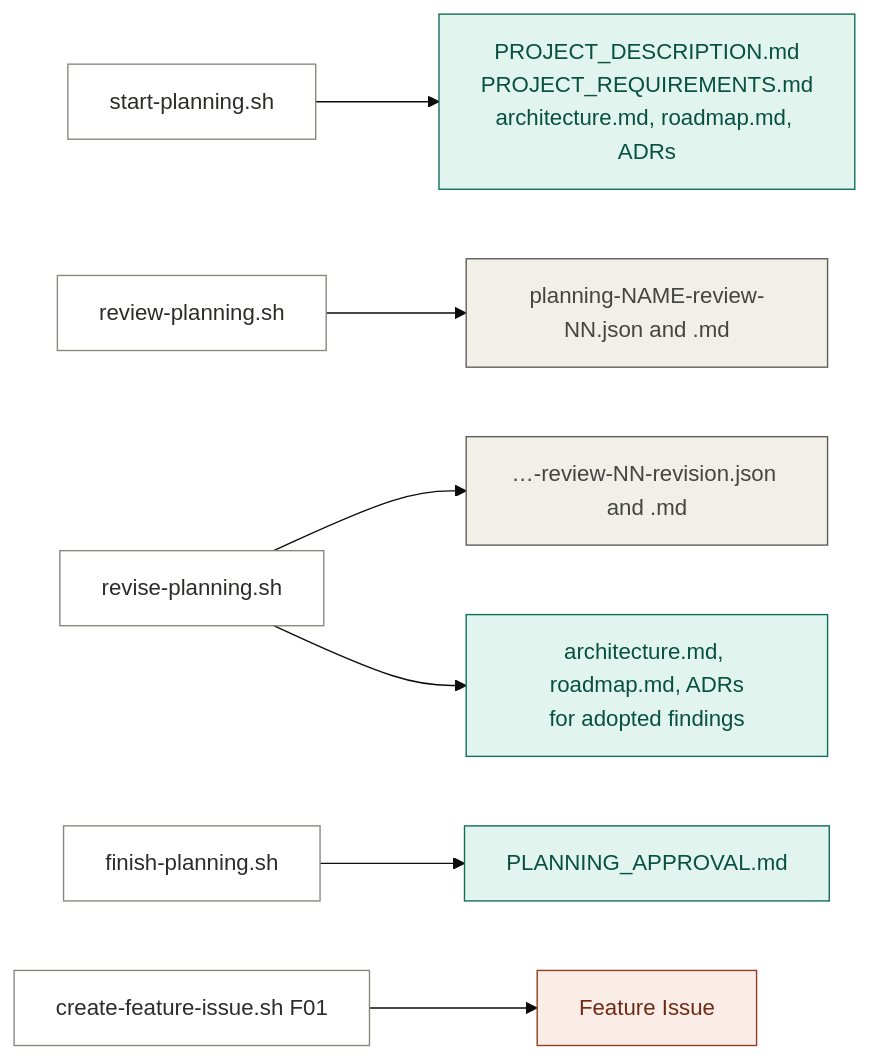
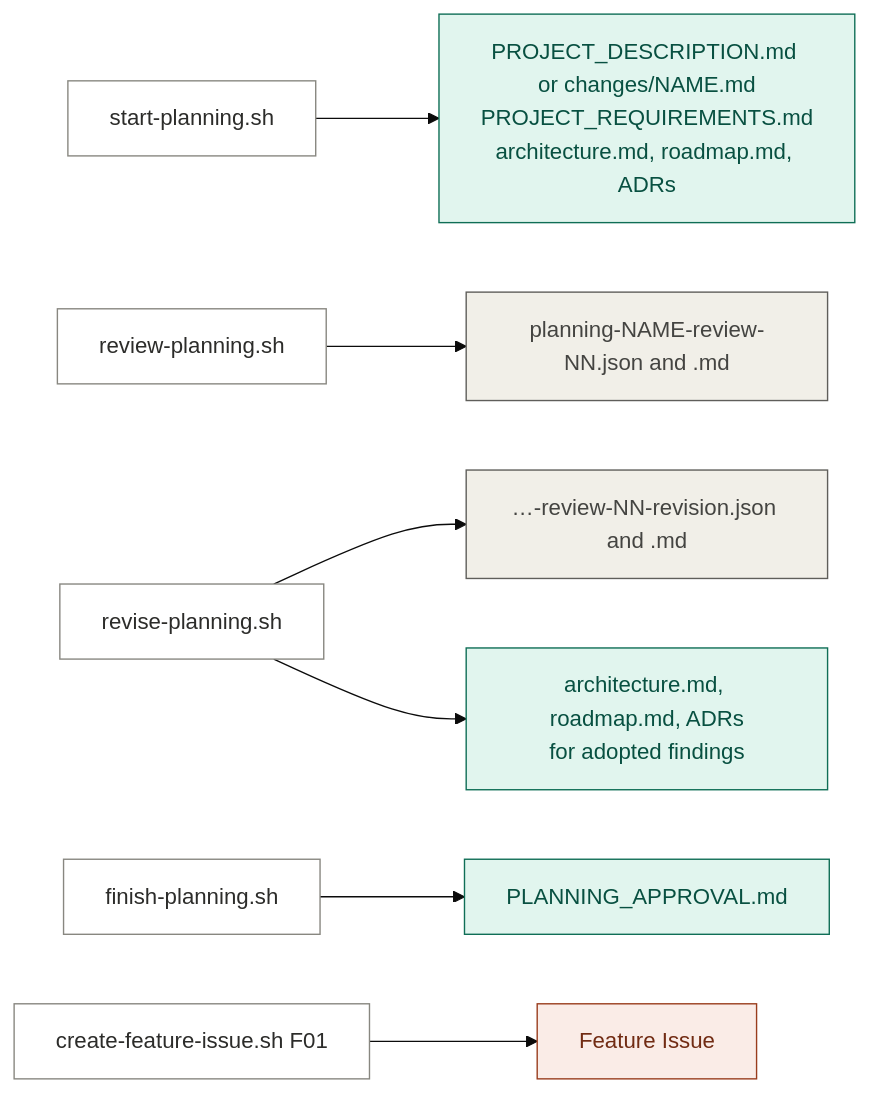
Before and after one commit to taspinar/physics-by-construction: the fifth of 6 diagrams in docs/workflow.md, drawn with Mermaid (base theme). The commit also changed other lines of this file and 44 other files, not shown here.

````diff
--- a/docs/workflow.md
+++ b/docs/workflow.md
@@ -125,18 +172,18 @@
 ```mermaid
 flowchart LR
-  sp["start-planning.sh"] --> docs["PROJECT_DESCRIPTION.md<br/>PROJECT_REQUIREMENTS.md<br/>architecture.md, roadmap.md, ADRs"]
+  sp["start-planning.sh"] --> docs["PROJECT_DESCRIPTION.md or changes/NAME.md<br/>PROJECT_REQUIREMENTS.md<br/>architecture.md, roadmap.md, ADRs"]
   rp["review-planning.sh"] --> prv["planning-NAME-review-NN.json and .md"]
   rv["revise-planning.sh"] --> rvd["…-review-NN-revision.json and .md"]
   rv --> rdocs["architecture.md, roadmap.md, ADRs<br/>for adopted findings"]
   fp["finish-planning.sh"] --> appr["PLANNING_APPROVAL.md"]
   cfi["create-feature-issue.sh F01"] --> fi["Feature Issue"]
 
   classDef repo fill:#E1F5EE,stroke:#0F6E56,color:#085041
   classDef local fill:#F1EFE8,stroke:#5F5E5A,color:#444441
   classDef github fill:#FAECE7,stroke:#993C1D,color:#712B13
   class docs,rdocs,appr repo
   class prv,rvd local
   class fi github
   classDef step fill:#FFFFFF,stroke:#888780,color:#2C2C2A
   class sp,rp,rv,fp,cfi step
 ```
````
